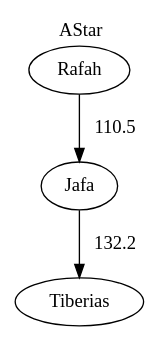
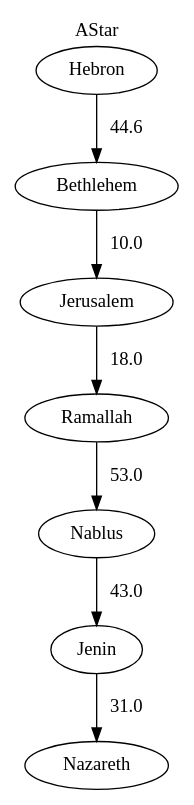
Before and after one commit to lutfiqasim/AStar-AI-Project: the diagram in AStar.dot, drawn with Graphviz. The commit also changed 5 other files, not shown here.

```diff
--- a/AStar.dot
+++ b/AStar.dot
@@ -1,7 +1,15 @@
-Digraph G {"Rafah" -> "Jafa"[label="  110.5"]
+Digraph G {"Hebron" -> "Bethlehem"[label="  44.6"]
 
-"Jafa" -> "Tiberias"[label="  132.2"]
+"Bethlehem" -> "Jerusalem"[label="  10.0"]
+
+"Jerusalem" -> "Ramallah"[label="  18.0"]
+
+"Ramallah" -> "Nablus"[label="  53.0"]
+
+"Nablus" -> "Jenin"[label="  43.0"]
+
+"Jenin" -> "Nazareth"[label="  31.0"]
 
 
 labelloc="t"
 label="AStar"}
```
